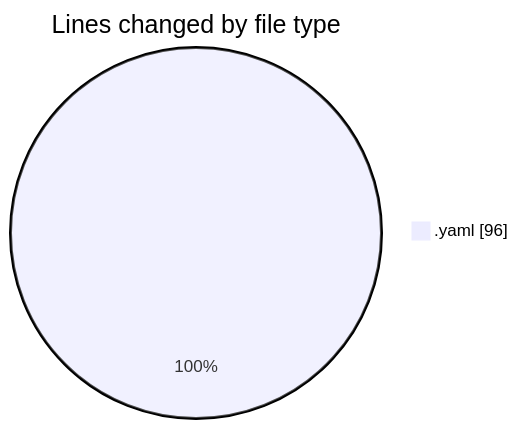
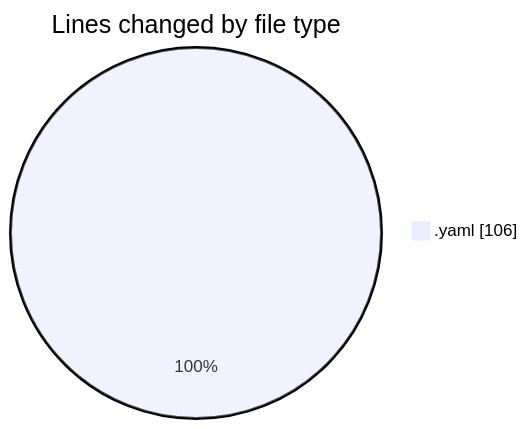
Before and after one commit to nxtqubesakshisongat/code-tracking: the first of 2 diagrams in 2026-02-25/argos_orchestrator/README.md, drawn with Mermaid. The commit also changed other lines of this file and 1 other file, not shown here.

````diff
--- a/2026-02-25/argos_orchestrator/README.md
+++ b/2026-02-25/argos_orchestrator/README.md
@@ -21,5 +22,5 @@
 ```mermaid
 pie showData
 title Lines changed by file type
-".yaml" : 96
+".yaml" : 106
 ```
````
